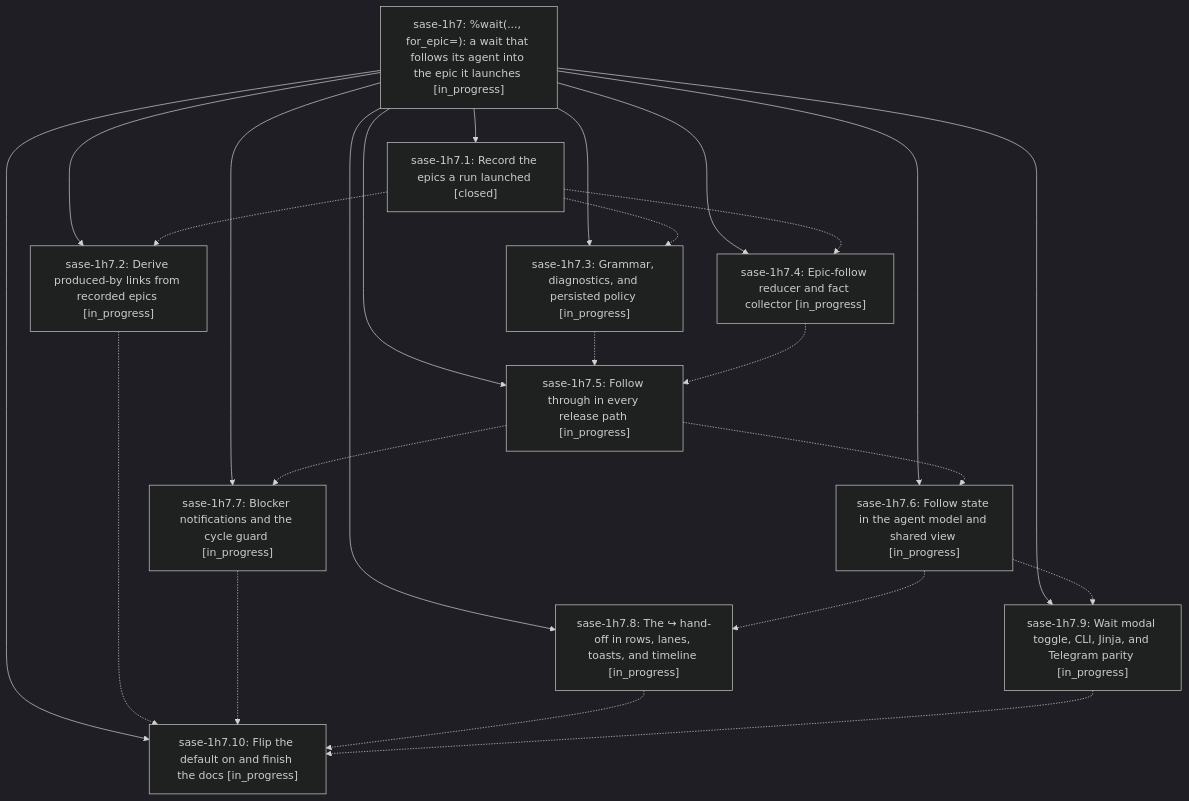
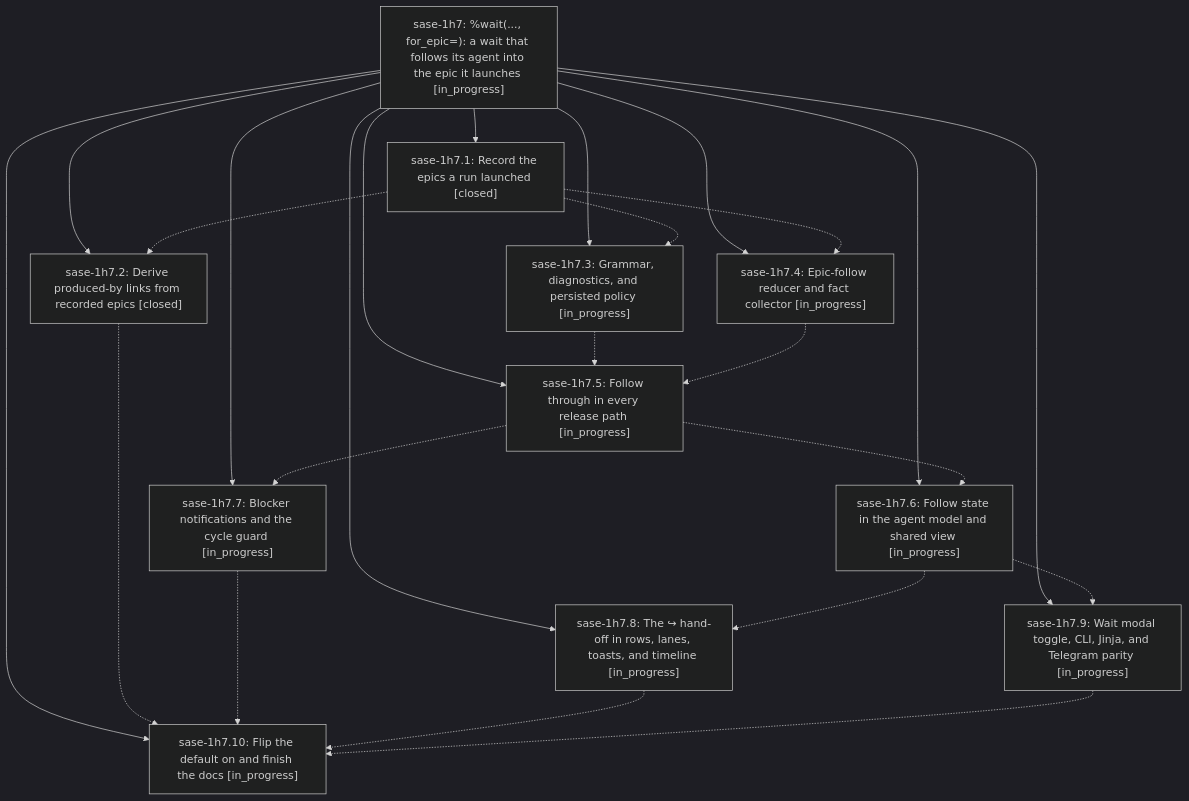
The diagram in pages/sase-1h7/README.md (sase-org/sase--beads), drawn with Mermaid (dark theme) before and after one commit. The commit also changed other lines of this file and 3 other files, not shown here.

````diff
--- a/pages/sase-1h7/README.md
+++ b/pages/sase-1h7/README.md
@@ -43,37 +43,37 @@
 ```mermaid
 flowchart TD
     n0["sase-1h7: %wait(..., for_epic=): a wait that follows its agent into the epic it launches [in_progress]"]
     n1["sase-1h7.1: Record the epics a run launched [closed]"]
     n2["sase-1h7.10: Flip the default on and finish the docs [in_progress]"]
-    n3["sase-1h7.2: Derive produced-by links from recorded epics [in_progress]"]
+    n3["sase-1h7.2: Derive produced-by links from recorded epics [closed]"]
     n4["sase-1h7.3: Grammar, diagnostics, and persisted policy [in_progress]"]
     n5["sase-1h7.4: Epic-follow reducer and fact collector [in_progress]"]
     n6["sase-1h7.5: Follow through in every release path [in_progress]"]
     n7["sase-1h7.6: Follow state in the agent model and shared view [in_progress]"]
     n8["sase-1h7.7: Blocker notifications and the cycle guard [in_progress]"]
     n9["sase-1h7.8: The ↪ hand-off in rows, lanes, toasts, and timeline [in_progress]"]
     n10["sase-1h7.9: Wait modal toggle, CLI, Jinja, and Telegram parity [in_progress]"]
     n0 --> n1
     n0 --> n2
     n0 --> n3
     n0 --> n4
     n0 --> n5
     n0 --> n6
     n0 --> n7
     n0 --> n8
     n0 --> n9
     n0 --> n10
     n1 -.-> n3
     n1 -.-> n4
     n1 -.-> n5
     n3 -.-> n2
     n4 -.-> n6
     n5 -.-> n6
     n6 -.-> n7
     n6 -.-> n8
     n7 -.-> n9
     n7 -.-> n10
     n8 -.-> n2
     n9 -.-> n2
     n10 -.-> n2
 ```
````
